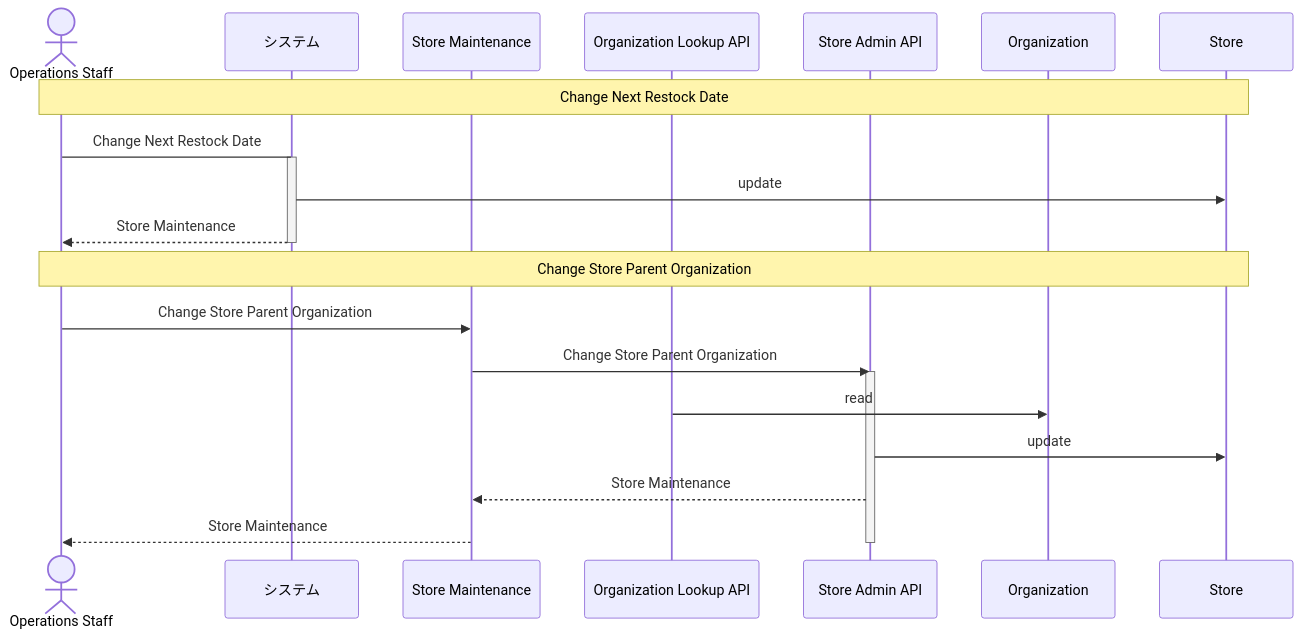
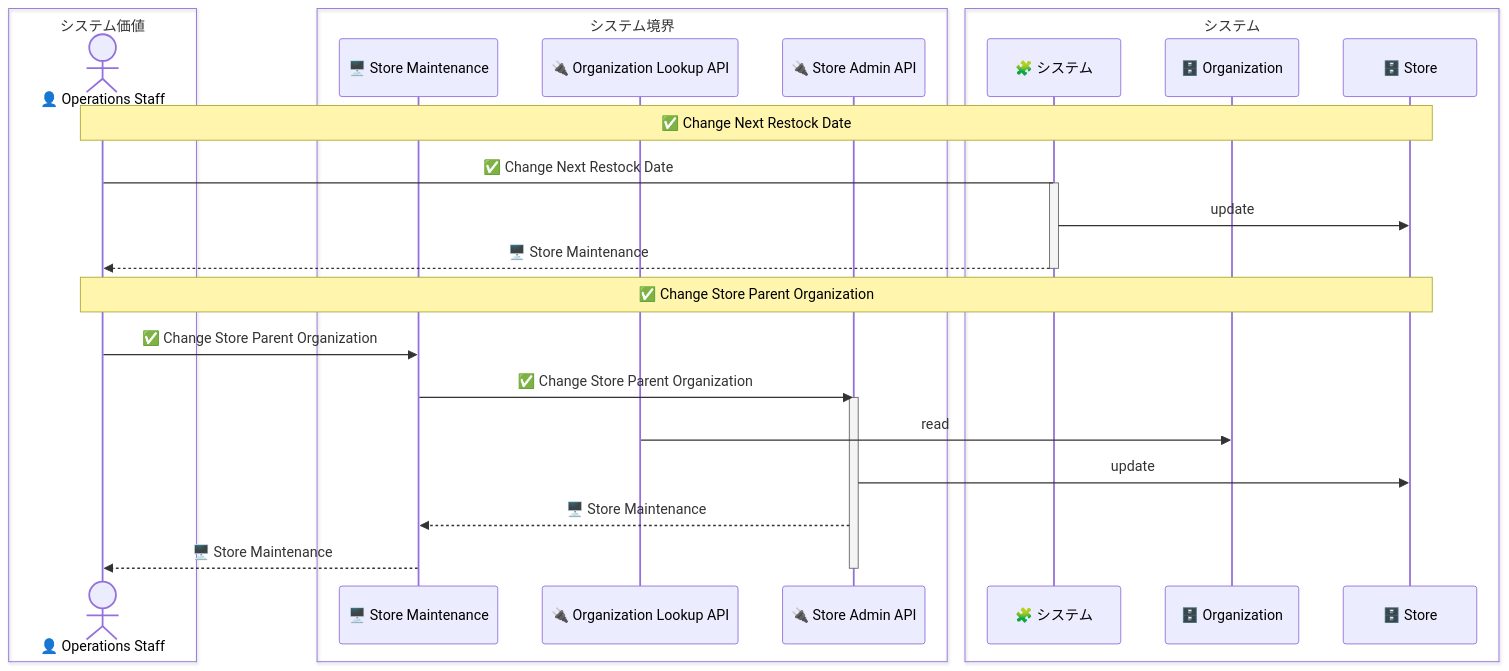
The second of 3 diagrams in samples/incremental-order/step-3-interaction-boundary/design.md (manji-0/rdra-ish-dsl), drawn with Mermaid before and after one commit. The commit also changed other lines of this file and 114 other files, not shown here.

Commit message:
feat: update rdra diagram layering

````diff
--- a/samples/incremental-order/step-3-interaction-boundary/design.md
+++ b/samples/incremental-order/step-3-interaction-boundary/design.md
@@ -77,27 +77,33 @@
 ```mermaid
 sequenceDiagram
-  actor OpsStaff as Operations Staff
-  participant System as システム
-  participant StoreMaintenanceScreen as Store Maintenance
-  participant OrganizationLookupApi as Organization Lookup API
-  participant StoreAdminApi as Store Admin API
-  participant Organization as Organization
-  participant Store as Store
+  box システム価値
+    actor OpsStaff as 👤 Operations Staff
+  end
+  box システム境界
+    participant StoreMaintenanceScreen as 🖥️ Store Maintenance
+    participant OrganizationLookupApi as 🔌 Organization Lookup API
+    participant StoreAdminApi as 🔌 Store Admin API
+  end
+  box システム
+    participant System as 🧩 システム
+    participant Organization as 🗄️ Organization
+    participant Store as 🗄️ Store
+  end
 
-  Note over OpsStaff,Store: Change Next Restock Date
-  OpsStaff->System: Change Next Restock Date
+  Note over OpsStaff,Store: ✅ Change Next Restock Date
+  OpsStaff->System: ✅ Change Next Restock Date
   activate System
   System->>Store: update
-  System-->>OpsStaff: Store Maintenance
+  System-->>OpsStaff: 🖥️ Store Maintenance
   deactivate System
 
-  Note over OpsStaff,Store: Change Store Parent Organization
-  OpsStaff->>StoreMaintenanceScreen: Change Store Parent Organization
-  StoreMaintenanceScreen->>StoreAdminApi: Change Store Parent Organization
+  Note over OpsStaff,Store: ✅ Change Store Parent Organization
+  OpsStaff->>StoreMaintenanceScreen: ✅ Change Store Parent Organization
+  StoreMaintenanceScreen->>StoreAdminApi: ✅ Change Store Parent Organization
   activate StoreAdminApi
   OrganizationLookupApi->>Organization: read
   StoreAdminApi->>Store: update
-  StoreAdminApi-->>StoreMaintenanceScreen: Store Maintenance
-  StoreMaintenanceScreen-->>OpsStaff: Store Maintenance
+  StoreAdminApi-->>StoreMaintenanceScreen: 🖥️ Store Maintenance
+  StoreMaintenanceScreen-->>OpsStaff: 🖥️ Store Maintenance
   deactivate StoreAdminApi
 ```
````
